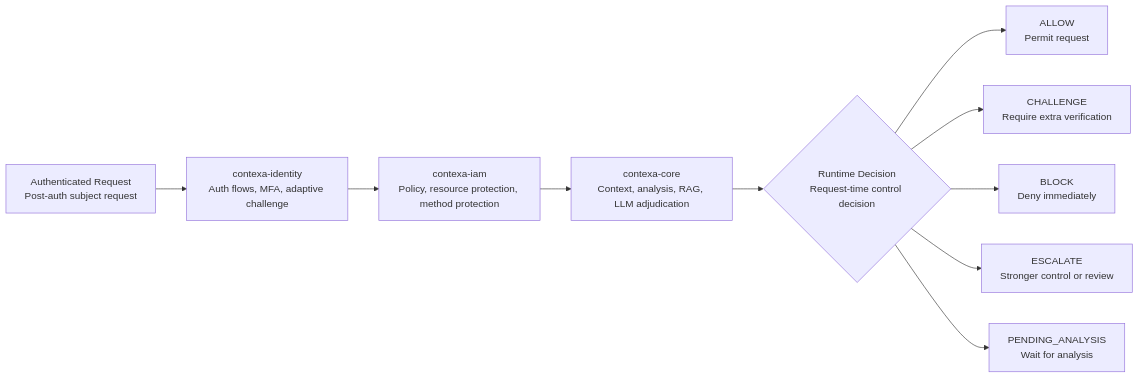
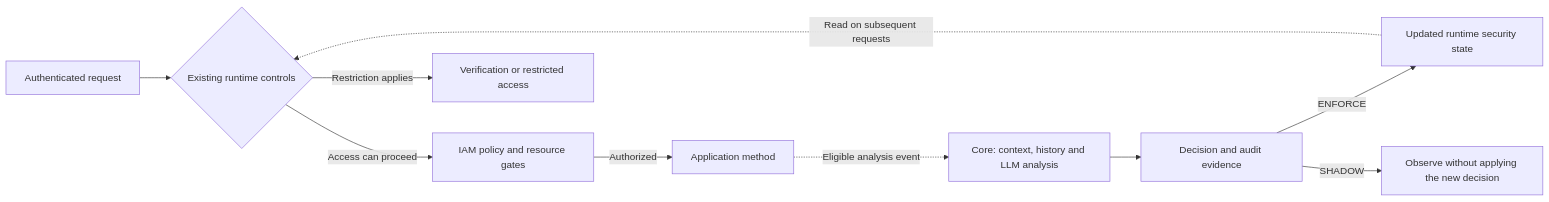
The diagram in README.md (contexa-security/contexa), drawn with Mermaid before and after one commit. The commit also changed other lines of this file, not shown here.

````diff
--- a/README.md
+++ b/README.md
@@ -119,12 +198,12 @@
 ```mermaid
 flowchart LR
-    A[Authenticated Request\nPost-auth subject request] --> B[contexa-identity\nAuth flows, MFA, adaptive challenge]
-    B --> C[contexa-iam\nPolicy, resource protection, method protection]
-    C --> D[contexa-core\nContext, analysis, RAG, LLM adjudication]
-    D --> E{Runtime Decision\nRequest-time control decision}
-    E --> F[ALLOW\nPermit request]
-    E --> G[CHALLENGE\nRequire extra verification]
-    E --> H[BLOCK\nDeny immediately]
-    E --> I[ESCALATE\nStronger control or review]
-    E --> J[PENDING_ANALYSIS\nWait for analysis]
+    A[Authenticated request] --> B{Existing runtime controls}
+    B -->|Access can proceed| C[IAM policy and resource gates]
+    B -->|Restriction applies| R[Verification or restricted access]
+    C -->|Authorized| D[Application method]
+    D -. Eligible analysis event .-> E[Core: context, history and LLM analysis]
+    E --> F[Decision and audit evidence]
+    F -->|ENFORCE| G[Updated runtime security state]
+    G -. Read on subsequent requests .-> B
+    F -->|SHADOW| H[Observe without applying the new decision]
 ```
````
